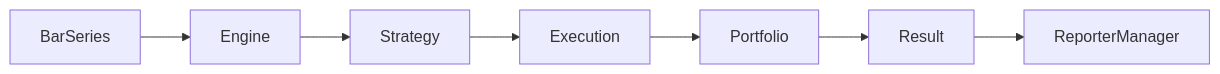
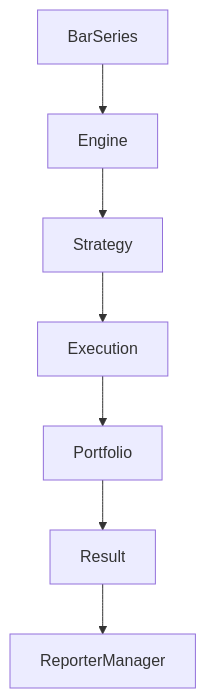
The first of 2 diagrams in README.md (diwiw/QuantumGradesApp), drawn with Mermaid before and after one commit. The commit also changed other lines of this file, not shown here.

Commit message:
docs: updated README, so that mermaid diagrams are correctly depicted

`````diff
--- a/README.md
+++ b/README.md
@@ -158,9 +39,9 @@
-```mermaid
-flowchart LR
-    BS[BarSeries] --> ENG[Engine]
-    ENG --> STR[Strategy]
-    STR --> EXEC[Execution]
-    EXEC --> PORT[Portfolio]
-    PORT --> RES[Result]
-    RES --> REP[ReporterManager]
-```
+````mermaid
+flowchart TD
+    A[BarSeries] --> B[Engine]
+    B --> C[Strategy]
+    C --> D[Execution]
+    D --> E[Portfolio]
+    E --> F[Result]
+    F --> G[ReporterManager]
+````
`````
